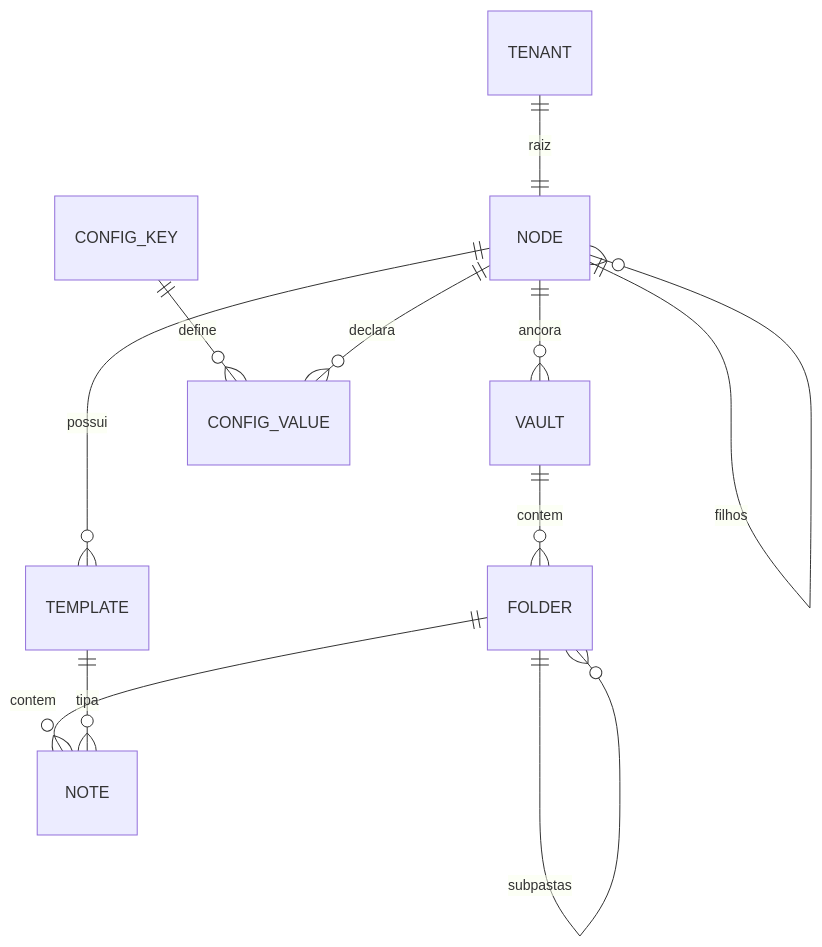
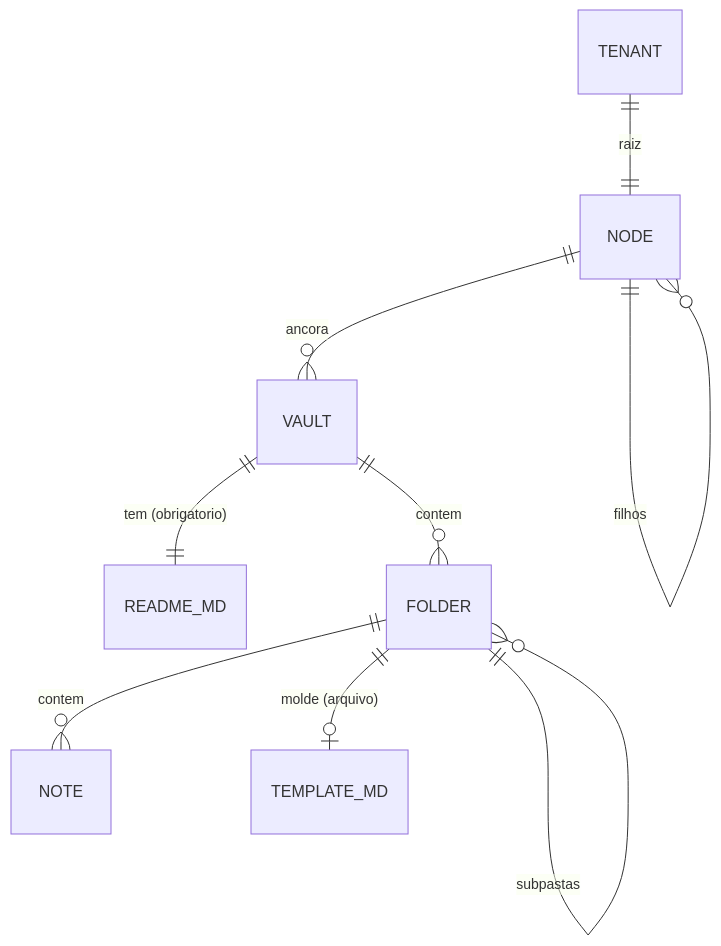
Before and after one commit to memorysmithapp/memorysmithapp: the diagram in DESIGN.md, drawn with Mermaid. The commit also changed other lines of this file and 1 other file, not shown here.

First line of the commit message:
Simplify design: drop config engine, README/TEMPLATE as reserved md, opaque-ID S3 storage

````diff
--- a/DESIGN.md
+++ b/DESIGN.md
@@ -28,13 +30,11 @@
 ```mermaid
 erDiagram
     TENANT ||--|| NODE : "raiz"
     NODE ||--o{ NODE : "filhos"
     NODE ||--o{ VAULT : "ancora"
-    NODE ||--o{ TEMPLATE : "possui"
+    VAULT ||--|| README_MD : "tem (obrigatorio)"
     VAULT ||--o{ FOLDER : "contem"
     FOLDER ||--o{ FOLDER : "subpastas"
     FOLDER ||--o{ NOTE : "contem"
-    TEMPLATE ||--o{ NOTE : "tipa"
-    CONFIG_KEY ||--o{ CONFIG_VALUE : "define"
-    NODE ||--o{ CONFIG_VALUE : "declara"
+    FOLDER ||--o| TEMPLATE_MD : "molde (arquivo)"
 ```
````
